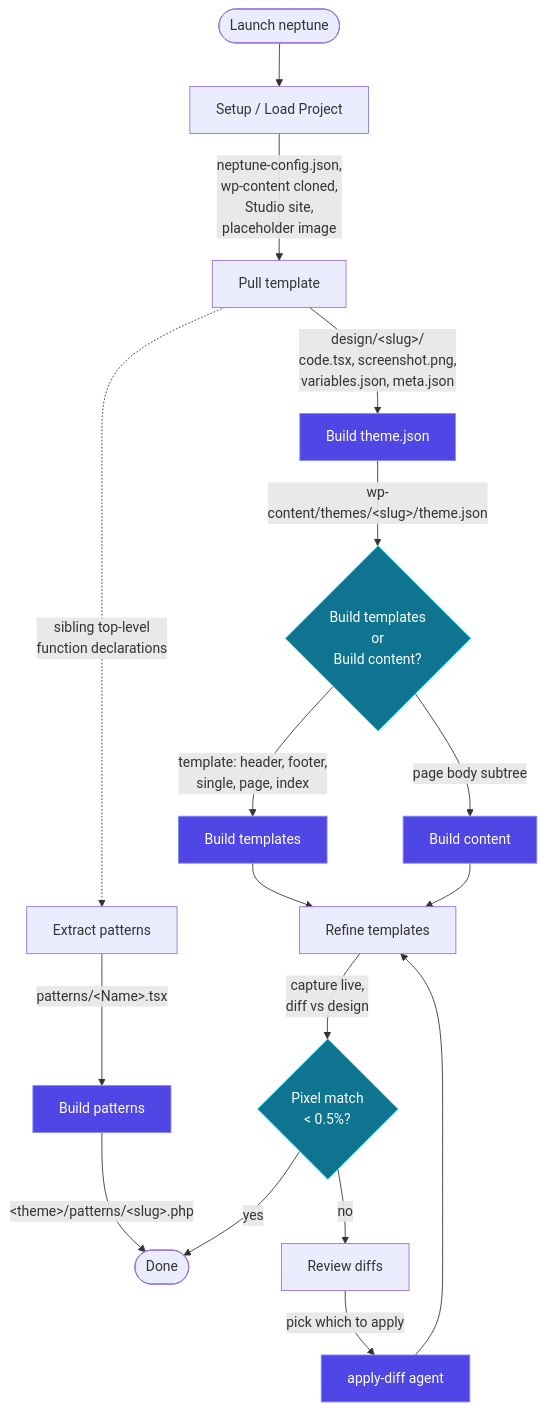
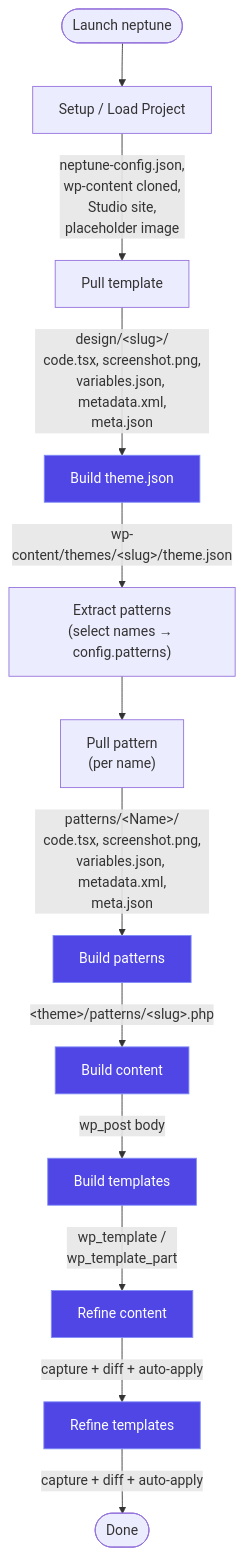
Before and after one commit to a8cteam51/neptune: the first of 2 diagrams in README.md, drawn with Mermaid. The commit also changed other lines of this file and 22 other files, not shown here.

````diff
--- a/README.md
+++ b/README.md
@@ -40,28 +45,17 @@
 ```mermaid
 flowchart TD
     Start(["Launch neptune"]) --> Setup["Setup / Load Project"]
     Setup -->|"neptune-config.json,<br/>wp-content cloned,<br/>Studio site,<br/>placeholder image"| Pull["Pull template"]
-    Pull -->|"design/&lt;slug&gt;/<br/>code.tsx, screenshot.png,<br/>variables.json, meta.json"| Theme["Build theme.json"]
-    Theme -->|"wp-content/themes/&lt;slug&gt;/theme.json"| Build{"Build templates<br/>or<br/>Build content?"}
+    Pull -->|"design/&lt;slug&gt;/<br/>code.tsx, screenshot.png,<br/>variables.json, metadata.xml,<br/>meta.json"| Theme["Build theme.json"]
+    Theme -->|"wp-content/themes/&lt;slug&gt;/theme.json"| Extract["Extract patterns<br/>(select names → config.patterns)"]
+    Extract --> PullPat["Pull pattern<br/>(per name)"]
+    PullPat -->|"patterns/&lt;Name&gt;/<br/>code.tsx, screenshot.png,<br/>variables.json, metadata.xml,<br/>meta.json"| BuildPat["Build patterns"]
+    BuildPat -->|"&lt;theme&gt;/patterns/&lt;slug&gt;.php"| BuildCt["Build content"]
+    BuildCt -->|"wp_post body"| BuildTpl["Build templates"]
+    BuildTpl -->|"wp_template /<br/>wp_template_part"| Refine["Refine content"]
+    Refine -->|"capture + diff + auto-apply"| RefineTpl["Refine templates"]
+    RefineTpl -->|"capture + diff + auto-apply"| Done(["Done"])
 
-    Build -->|"template: header, footer,<br/>single, page, index"| BuildTpl["Build templates"]
-    Build -->|"page body subtree"| BuildCt["Build content"]
-
-    Pull -.->|"sibling top-level<br/>function declarations"| Extract["Extract patterns"]
-    Extract -->|"patterns/&lt;Name&gt;.tsx"| BuildPat["Build patterns"]
-    BuildPat -->|"&lt;theme&gt;/patterns/&lt;slug&gt;.php"| Done
-
-    BuildTpl --> Refine["Refine templates"]
-    BuildCt --> Refine
-
-    Refine -->|"capture live,<br/>diff vs design"| Match{"Pixel match<br/>&lt; 0.5%?"}
-    Match -->|"yes"| Done(["Done"])
-    Match -->|"no"| Review["Review diffs"]
-    Review -->|"pick which to apply"| Apply["apply-diff agent"]
-    Apply --> Refine
-
-    classDef gate fill:#0e7490,stroke:#22d3ee,color:#fff
     classDef agent fill:#4f46e5,stroke:#818cf8,color:#fff
-    class Build,Match gate
-    class Theme,BuildTpl,BuildCt,BuildPat,Apply agent
+    class Theme,BuildPat,BuildCt,BuildTpl,Refine,RefineTpl agent
 ```
````
